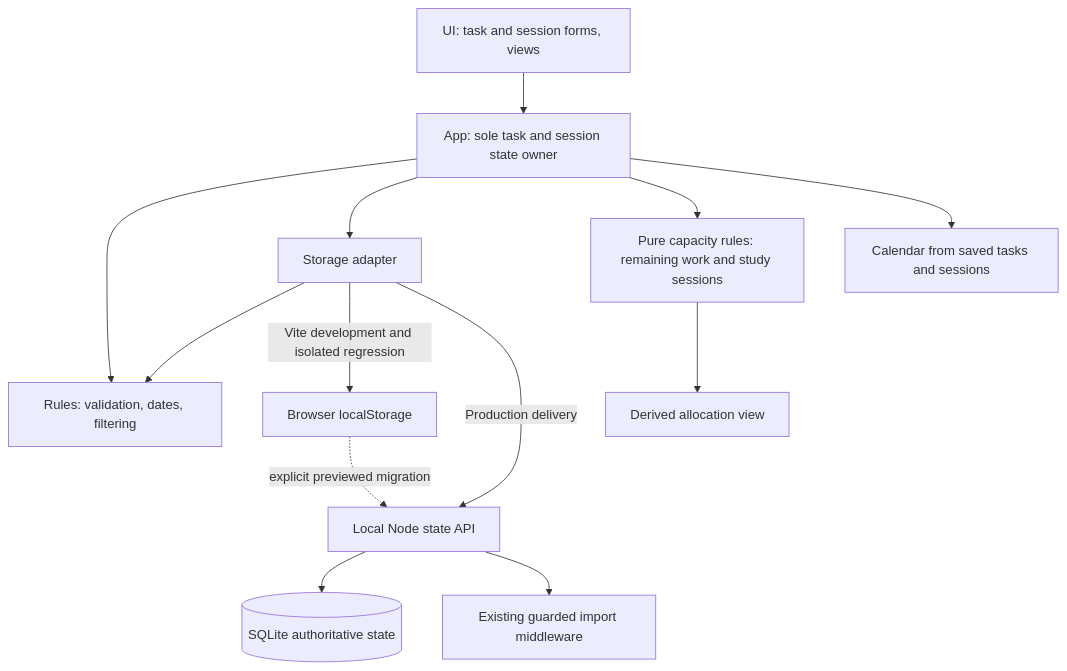
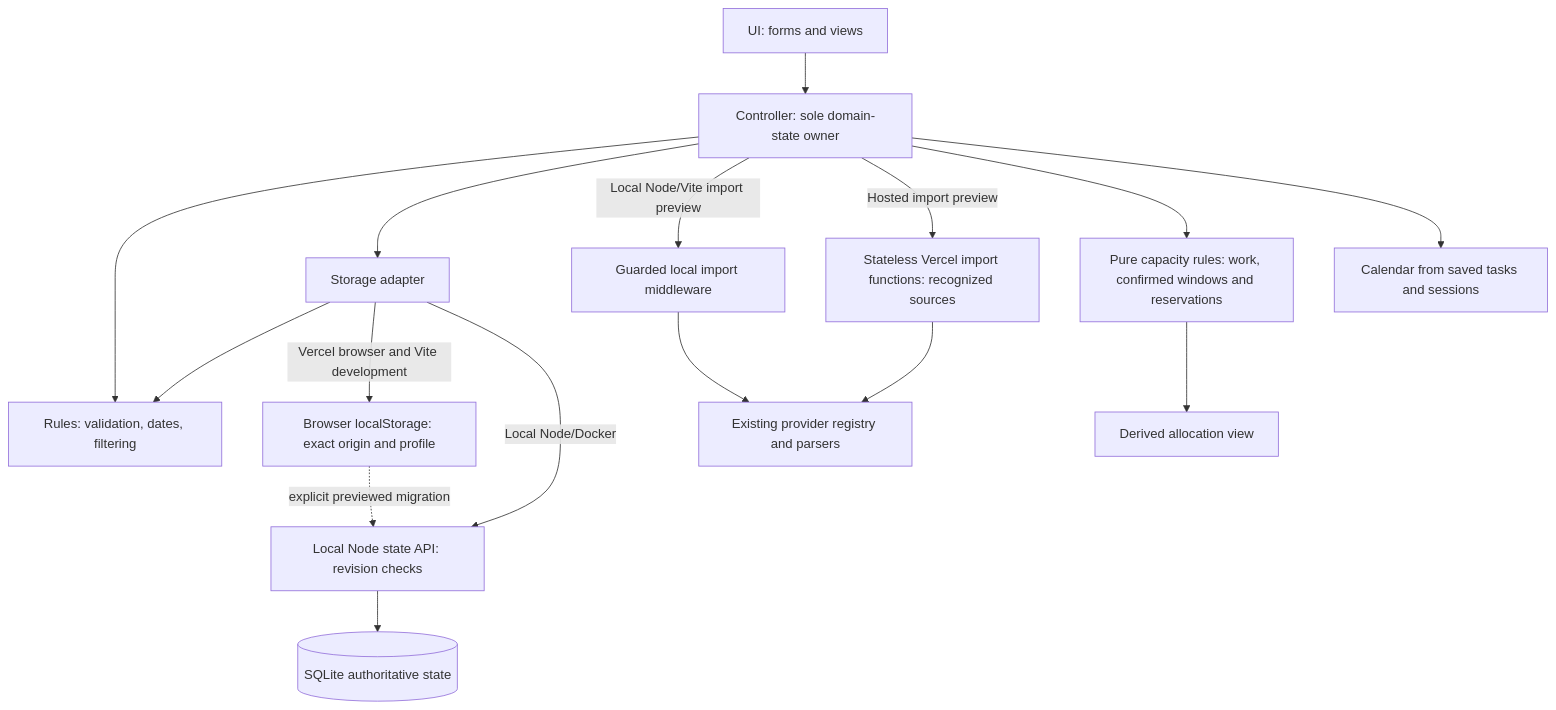
One commit to IBE160-2026/G37-yilmaz changed the diagram in .docs/planning-artifacts/architecture/architecture-studieplanlegger-2026-09-06/ARCHITECTURE-SPINE.md. Above: the diagram before and after it, drawn with Mermaid. The commit also changed other lines of this file and 2 other files, not shown here.

````diff
--- a/.docs/planning-artifacts/architecture/architecture-studieplanlegger-2026-09-06/ARCHITECTURE-SPINE.md
+++ b/.docs/planning-artifacts/architecture/architecture-studieplanlegger-2026-09-06/ARCHITECTURE-SPINE.md
@@ -169,15 +176,18 @@
 ```mermaid
 flowchart TD
-  UI[UI: task and session forms, views] --> App[App: sole task and session state owner]
+  UI[UI: forms and views] --> App[Controller: sole domain-state owner]
   App --> Rules[Rules: validation, dates, filtering]
   App --> Storage[Storage adapter]
   Storage --> Rules
-  Storage -->|Vite development and isolated regression| Local[Browser localStorage]
-  Storage -->|Production delivery| API[Local Node state API]
+  Storage -->|Vercel browser and Vite development| Local[Browser localStorage: exact origin and profile]
+  Storage -->|Local Node/Docker| API[Local Node state API: revision checks]
   API --> DB[(SQLite authoritative state)]
-  API --> Import[Existing guarded import middleware]
+  App -->|Local Node/Vite import preview| Import[Guarded local import middleware]
+  App -->|Hosted import preview| Hosted[Stateless Vercel import functions: recognized sources]
+  Import --> Providers[Existing provider registry and parsers]
+  Hosted --> Providers
   Local -. explicit previewed migration .-> API
-  App --> Capacity[Pure capacity rules: remaining work and study sessions]
+  App --> Capacity[Pure capacity rules: work, confirmed windows and reservations]
   Capacity --> CapacityView[Derived allocation view]
   App --> Calendar[Calendar from saved tasks and sessions]
 ```
````
